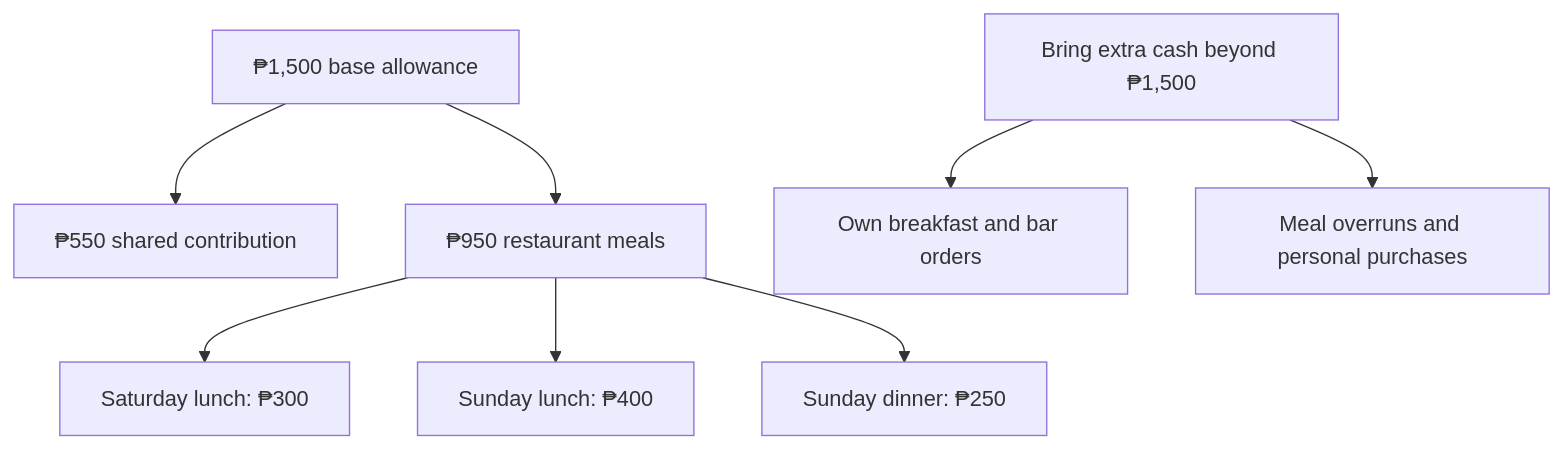
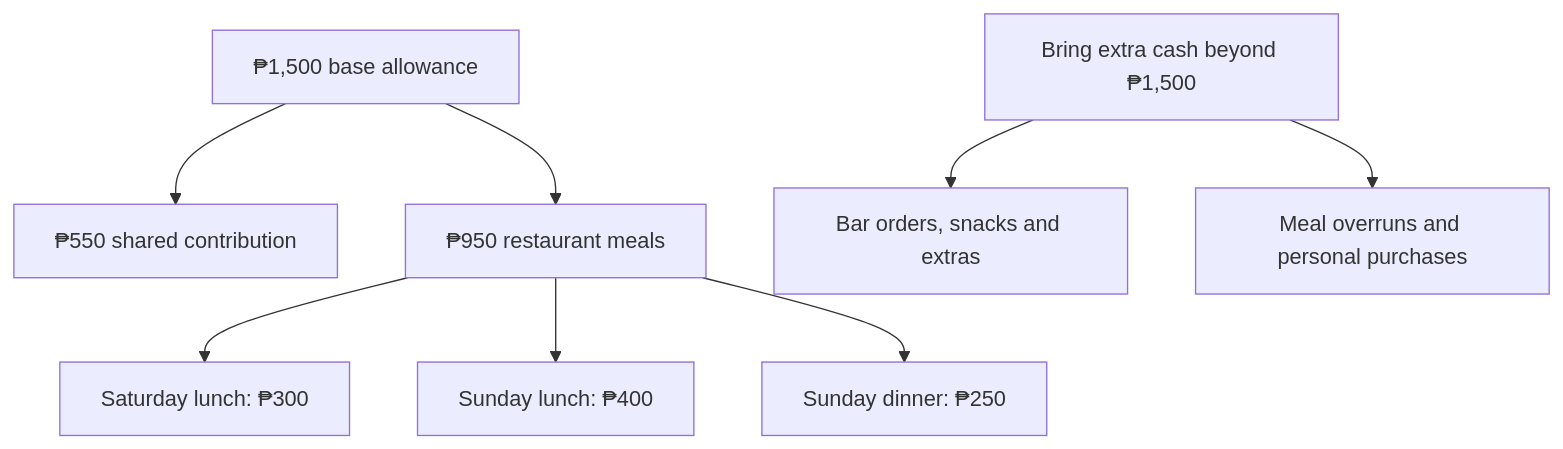
One commit to itsmcliam/Birthday-Plan changed the diagram in assets/budget.mmd. Above: the diagram before and after it, drawn with Mermaid. The commit also changed 5 other files, not shown here.

```diff
--- a/assets/budget.mmd
+++ b/assets/budget.mmd
@@ -1,8 +1,8 @@
 flowchart TD
     A["₱1,500 base allowance"] --> B["₱550 shared contribution"]
     A --> C["₱950 restaurant meals"]
     C --> D["Saturday lunch: ₱300"]
     C --> E["Sunday lunch: ₱400"]
     C --> F["Sunday dinner: ₱250"]
-    G["Bring extra cash beyond ₱1,500"] --> H["Own breakfast and bar orders"]
+    G["Bring extra cash beyond ₱1,500"] --> H["Bar orders, snacks and extras"]
     G --> I["Meal overruns and personal purchases"]
```
